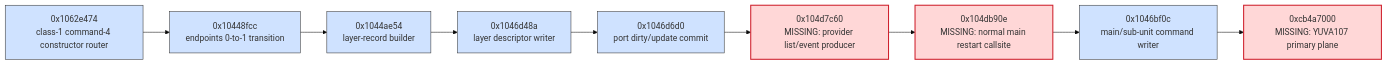
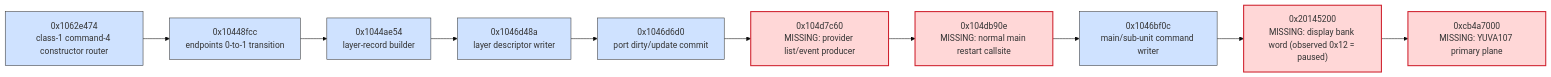
One commit to nightglasses/z7ii-qemu changed the diagram in docs/refmap/chains/display.mmd. Above: the diagram before and after it, drawn with Mermaid (base theme). The commit also changed 4 other files, not shown here.

```diff
--- a/docs/refmap/chains/display.mmd
+++ b/docs/refmap/chains/display.mmd
@@ -1,26 +1,28 @@
 flowchart LR
   n0["0x1062e474<br/>class-1 command-4 constructor router"]:::mas
   n1["0x10448fcc<br/>endpoints 0-to-1 transition"]:::mas
   n2["0x1044ae54<br/>layer-record builder"]:::mas
   n3["0x1046d48a<br/>layer descriptor writer"]:::mas
   n4["0x1046d6d0<br/>port dirty/update commit"]:::mas
   n5["0x104d7c60<br/>MISSING: provider list/event producer"]:::gap
   n6["0x104db90e<br/>MISSING: normal main restart callsite"]:::gap
   n7["0x1046bf0c<br/>main/sub-unit command writer"]:::mas
-  n8["0xcb4a7000<br/>MISSING: YUVA107 primary plane"]:::gap
+  n8["0x20145200<br/>MISSING: display bank word (observed 0x12 = paused)"]:::gap
+  n9["0xcb4a7000<br/>MISSING: YUVA107 primary plane"]:::gap
   n0 --> n1
   n1 --> n2
   n2 --> n3
   n3 --> n4
   n4 --> n5
   n5 --> n6
   n6 --> n7
   n7 --> n8
+  n8 --> n9
   classDef mas fill:#cfe2ff,stroke:#333
   classDef ex fill:#d7f5d7,stroke:#333
   classDef sla fill:#e8d7ff,stroke:#333
   classDef vr fill:#d7f2f5,stroke:#333
   classDef tpj fill:#f2e2cf,stroke:#333
   classDef qemu fill:#e4e4e4,stroke:#333
   classDef shared fill:#ffffff,stroke:#333
   classDef gap fill:#ffd7d7,stroke:#cf222e,stroke-width:2px
```
